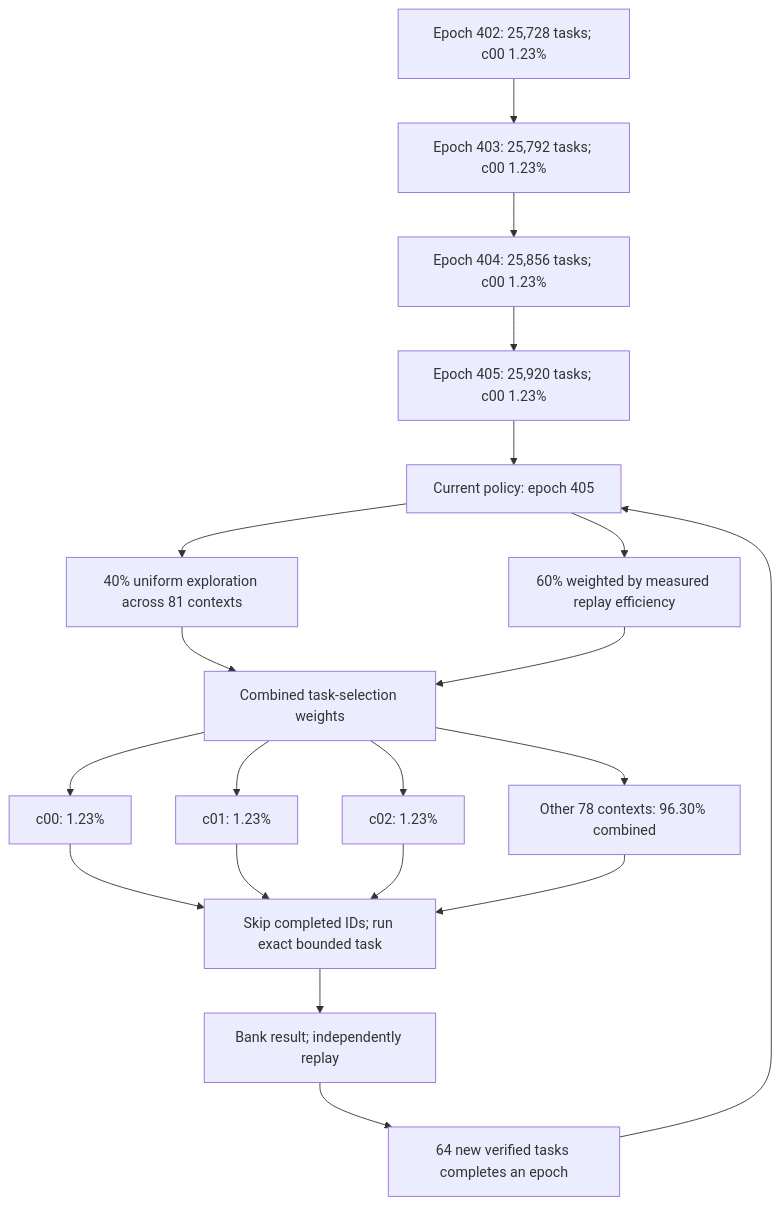
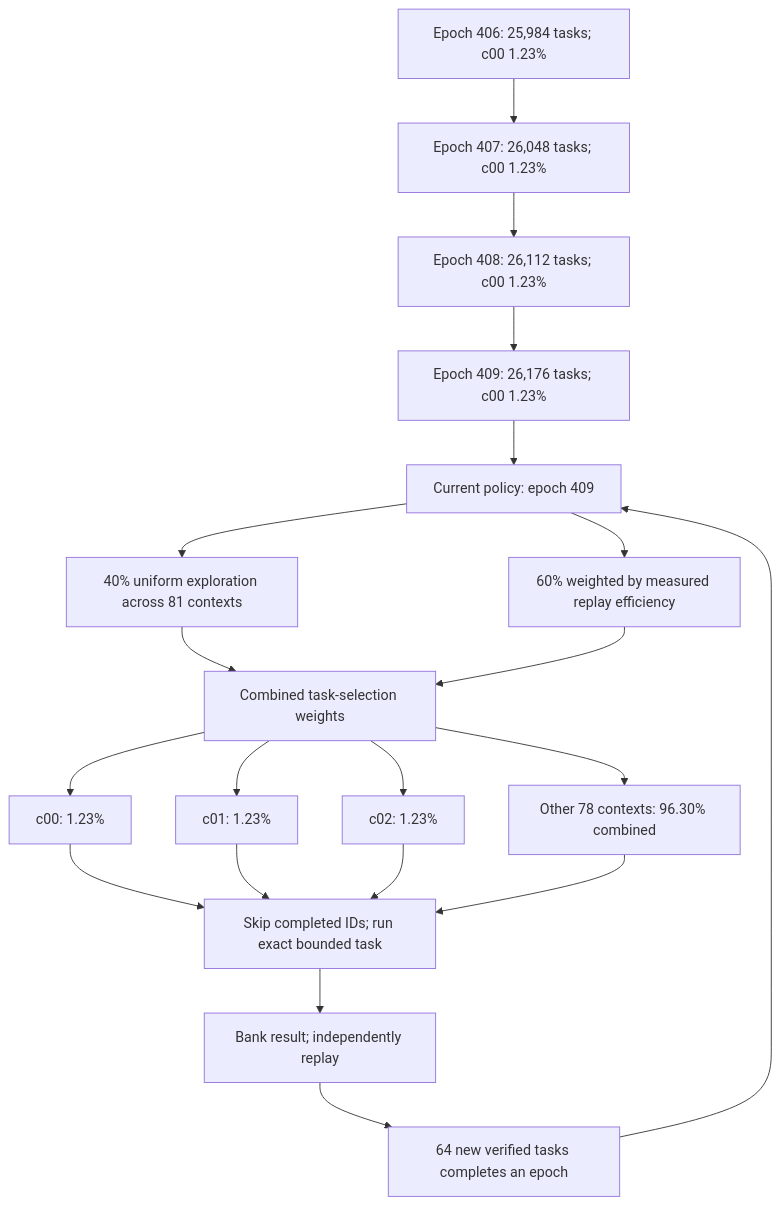
One commit to Kuberwastaken/math-gambling changed the first of 2 diagrams in README.md. Above: the diagram before and after it, drawn with Mermaid. The commit also changed other lines of this file and 597 other files, not shown here.

````diff
--- a/README.md
+++ b/README.md
@@ -50,27 +50,27 @@
 ```mermaid
 flowchart TD
-    H0["Epoch 402: 25,728 tasks; c00 1.23%"]
-    H1["Epoch 403: 25,792 tasks; c00 1.23%"]
+    H0["Epoch 406: 25,984 tasks; c00 1.23%"]
+    H1["Epoch 407: 26,048 tasks; c00 1.23%"]
     H0 --> H1
-    H2["Epoch 404: 25,856 tasks; c00 1.23%"]
+    H2["Epoch 408: 26,112 tasks; c00 1.23%"]
     H1 --> H2
-    H3["Epoch 405: 25,920 tasks; c00 1.23%"]
+    H3["Epoch 409: 26,176 tasks; c00 1.23%"]
     H2 --> H3
-    Policy["Current policy: epoch 405"]
+    Policy["Current policy: epoch 409"]
     H3 --> Policy
     Policy --> Explore["40% uniform exploration across 81 contexts"]
     Policy --> Cost["60% weighted by measured replay efficiency"]
     Explore --> Mix["Combined task-selection weights"]
     Cost --> Mix
     Mix --> C0["c00: 1.23%"]
     Mix --> C1["c01: 1.23%"]
     Mix --> C2["c02: 1.23%"]
     Mix --> Rest["Other 78 contexts: 96.30% combined"]
     C0 --> Check["Skip completed IDs; run exact bounded task"]
     C1 --> Check
     C2 --> Check
     Rest --> Check
     Check --> Replay["Bank result; independently replay"]
     Replay --> Gate["64 new verified tasks completes an epoch"]
     Gate --> Policy
 ```
````
